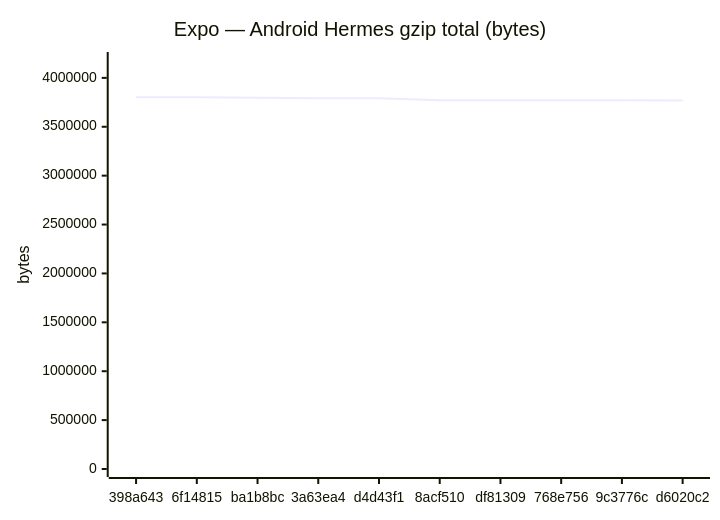
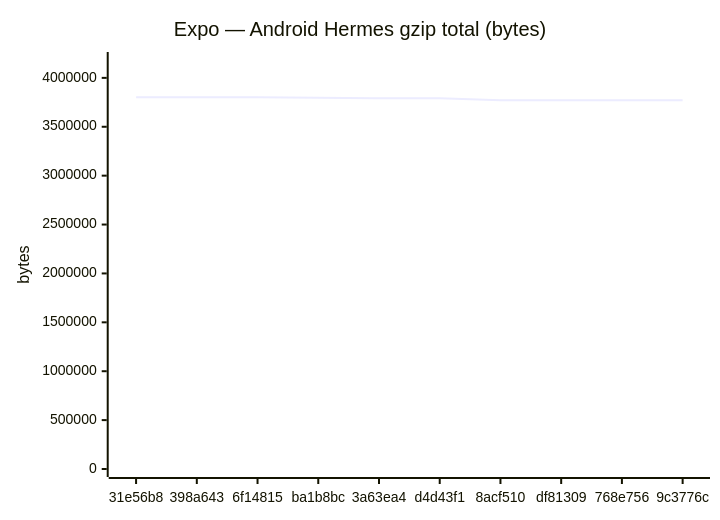
One commit to Metaheurist/Rianell changed the fifth of 18 diagrams in benchmarks/compare.md. Above: the diagram before and after it, drawn with Mermaid. The commit also changed other lines of this file and 11 other files, not shown here.

````diff
--- a/benchmarks/compare.md
+++ b/benchmarks/compare.md
@@ -89,7 +89,7 @@
 ```mermaid
 xychart-beta
     title "Expo — Android Hermes gzip total (bytes)"
-    x-axis ["398a643", "6f14815", "ba1b8bc", "3a63ea4", "d4d43f1", "8acf510", "df81309", "768e756", "9c3776c", "d6020c2"]
-    y-axis "bytes" 0 --> 4182781
-    line [3802528, 3802527, 3796378, 3791714, 3791716, 3770636, 3770634, 3771343, 3770634, 3767812]
+    x-axis ["31e56b8", "398a643", "6f14815", "ba1b8bc", "3a63ea4", "d4d43f1", "8acf510", "df81309", "768e756", "9c3776c"]
+    y-axis "bytes" 0 --> 4182782
+    line [3802529, 3802528, 3802527, 3796378, 3791714, 3791716, 3770636, 3770634, 3771343, 3770634]
 ```
````
